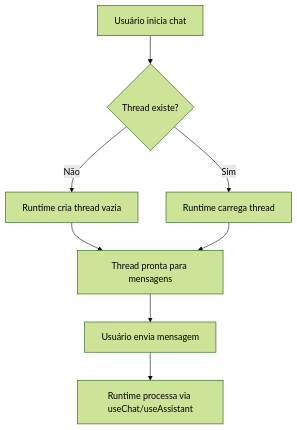
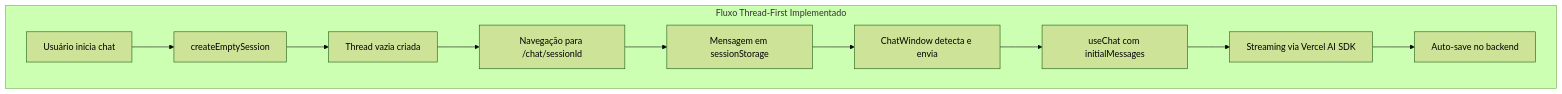
One commit to dBianchii/kodix-turbo changed the diagram in docs/subapps/chat/session-message-flow-future.md. Above: the diagram before and after it, drawn with Mermaid (forest theme). The commit also changed other lines of this file and 1 other file, not shown here.

Commit message:
Agente-1.68h-AIStudio-Chat-VercelSDK-Plano-Migrar-Assistant-UI-h

````diff
--- a/docs/subapps/chat/session-message-flow-future.md
+++ b/docs/subapps/chat/session-message-flow-future.md
@@ -111,12 +27,13 @@
 ```mermaid
 graph TD
-    A[Usuário inicia chat] --> B{Thread existe?}
-    B -->|Não| C[Runtime cria thread vazia]
-    B -->|Sim| D[Runtime carrega thread]
-
-    C --> E[Thread pronta para mensagens]
-    D --> E
-
-    E --> F[Usuário envia mensagem]
-    F --> G[Runtime processa via useChat/useAssistant]
+    subgraph "Fluxo Thread-First Implementado"
+        A[Usuário inicia chat] --> B[createEmptySession]
+        B --> C[Thread vazia criada]
+        C --> D[Navegação para /chat/sessionId]
+        D --> E[Mensagem em sessionStorage]
+        E --> F[ChatWindow detecta e envia]
+        F --> G[useChat com initialMessages]
+        G --> H[Streaming via Vercel AI SDK]
+        H --> I[Auto-save no backend]
+    end
 ```
````
